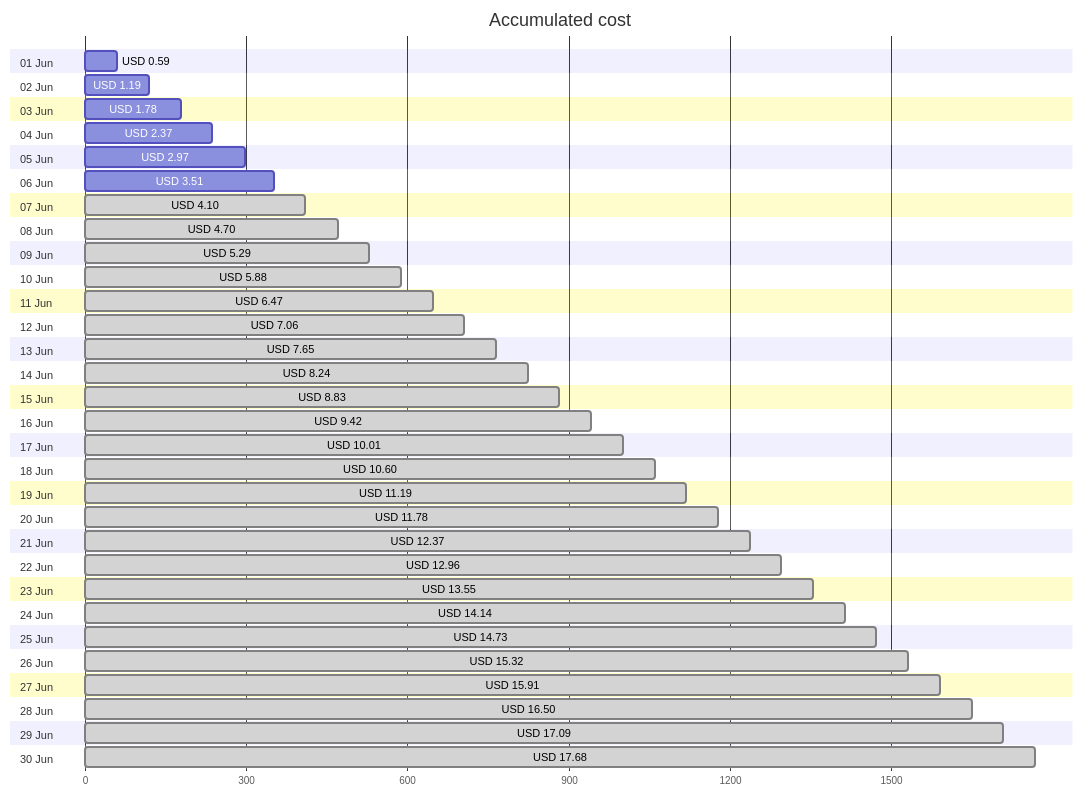
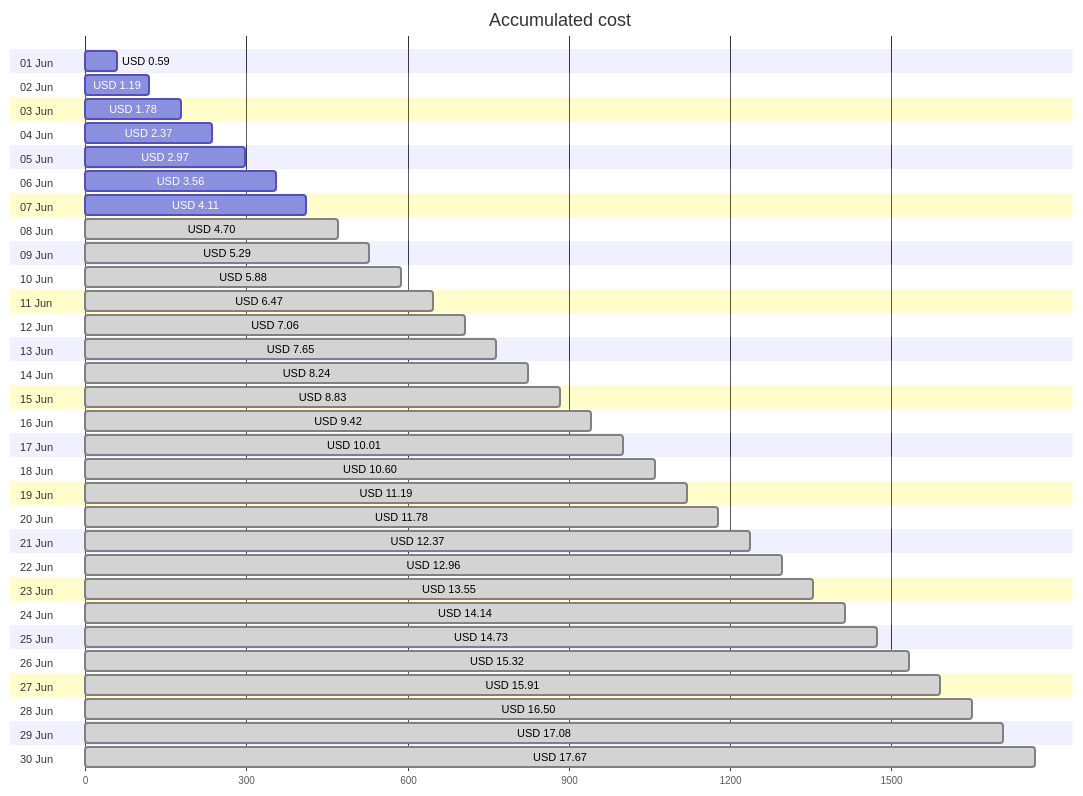
Before and after one commit to jpfulton/azure-personal-reports: the first of 4 diagrams in cost-reports/personal-site/README.md, drawn with Mermaid. The commit also changed other lines of this file and 6 other files, not shown here.

````diff
--- a/cost-reports/personal-site/README.md
+++ b/cost-reports/personal-site/README.md
@@ -20,66 +20,66 @@
 ```mermaid
 gantt
    title Accumulated cost
    dateFormat  X
    axisFormat %s
    section 01 Jun
    USD 0.59 :0, 59
    section 02 Jun
    USD 1.19 :0, 119
    section 03 Jun
    USD 1.78 :0, 178
    section 04 Jun
    USD 2.37 :0, 237
    section 05 Jun
    USD 2.97 :0, 297
    section 06 Jun
-   USD 3.51 :0, 351
+   USD 3.56 :0, 356
    section 07 Jun
-   USD 4.10 : done, 0, 410
+   USD 4.11 :0, 411
    section 08 Jun
    USD 4.70 : done, 0, 470
    section 09 Jun
    USD 5.29 : done, 0, 529
    section 10 Jun
    USD 5.88 : done, 0, 588
    section 11 Jun
    USD 6.47 : done, 0, 647
    section 12 Jun
    USD 7.06 : done, 0, 706
    section 13 Jun
    USD 7.65 : done, 0, 765
    section 14 Jun
    USD 8.24 : done, 0, 824
    section 15 Jun
    USD 8.83 : done, 0, 883
    section 16 Jun
    USD 9.42 : done, 0, 942
    section 17 Jun
    USD 10.01 : done, 0, 1001
    section 18 Jun
    USD 10.60 : done, 0, 1060
    section 19 Jun
    USD 11.19 : done, 0, 1119
    section 20 Jun
    USD 11.78 : done, 0, 1178
    section 21 Jun
    USD 12.37 : done, 0, 1237
    section 22 Jun
    USD 12.96 : done, 0, 1296
    section 23 Jun
    USD 13.55 : done, 0, 1355
    section 24 Jun
    USD 14.14 : done, 0, 1414
    section 25 Jun
    USD 14.73 : done, 0, 1473
    section 26 Jun
    USD 15.32 : done, 0, 1532
    section 27 Jun
    USD 15.91 : done, 0, 1591
    section 28 Jun
    USD 16.50 : done, 0, 1650
    section 29 Jun
-   USD 17.09 : done, 0, 1709
+   USD 17.08 : done, 0, 1708
    section 30 Jun
-   USD 17.68 : done, 0, 1768
+   USD 17.67 : done, 0, 1767
 ```
````
